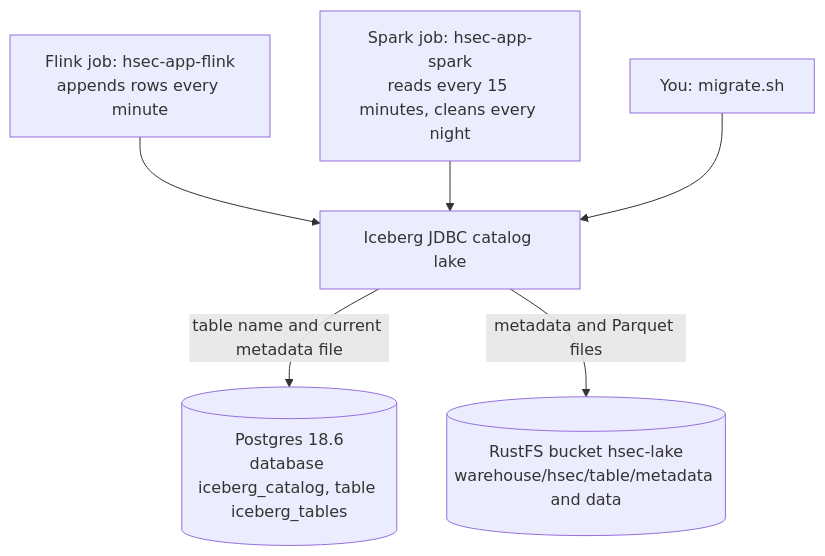
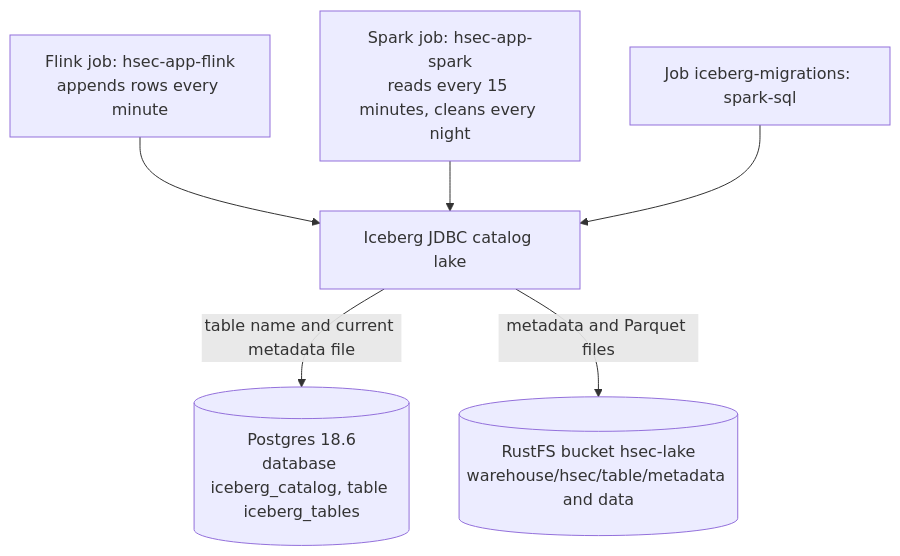
Before and after one commit to nglehuy/home-security: the second of 2 diagrams in hsec-db-iceberg/README.md, drawn with Mermaid. The commit also changed other lines of this file and 9 other files, not shown here.

````diff
--- a/hsec-db-iceberg/README.md
+++ b/hsec-db-iceberg/README.md
@@ -49,8 +49,8 @@
 ```mermaid
 flowchart TB
   FL["Flink job: hsec-app-flink<br/>appends rows every minute"] --> CAT
   SP["Spark job: hsec-app-spark<br/>reads every 15 minutes, cleans every night"] --> CAT
-  MIG["You: migrate.sh"] --> CAT
+  MIG["Job iceberg-migrations: spark-sql"] --> CAT
   CAT["Iceberg JDBC catalog lake"] -- "table name and current metadata file" --> PG[("Postgres 18.6<br/>database iceberg_catalog, table iceberg_tables")]
   CAT -- "metadata and Parquet files" --> S3[("RustFS bucket hsec-lake<br/>warehouse/hsec/table/metadata and data")]
 ```
````
